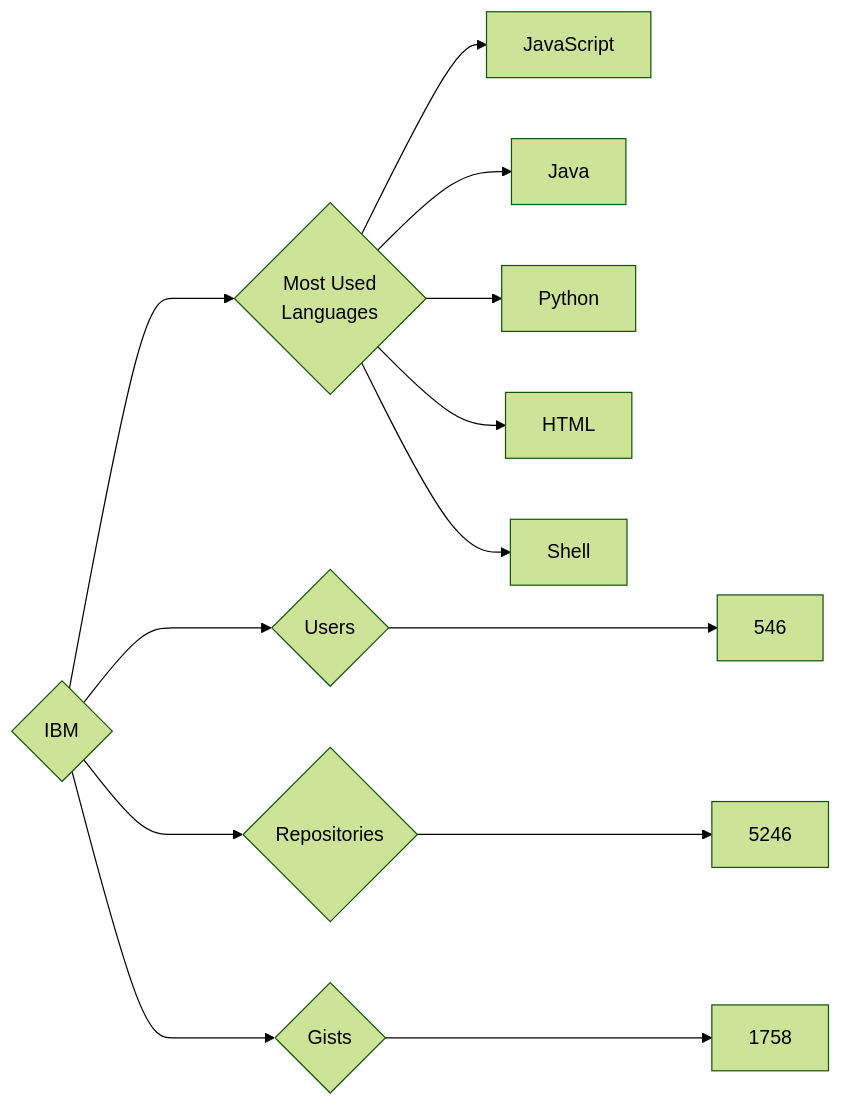
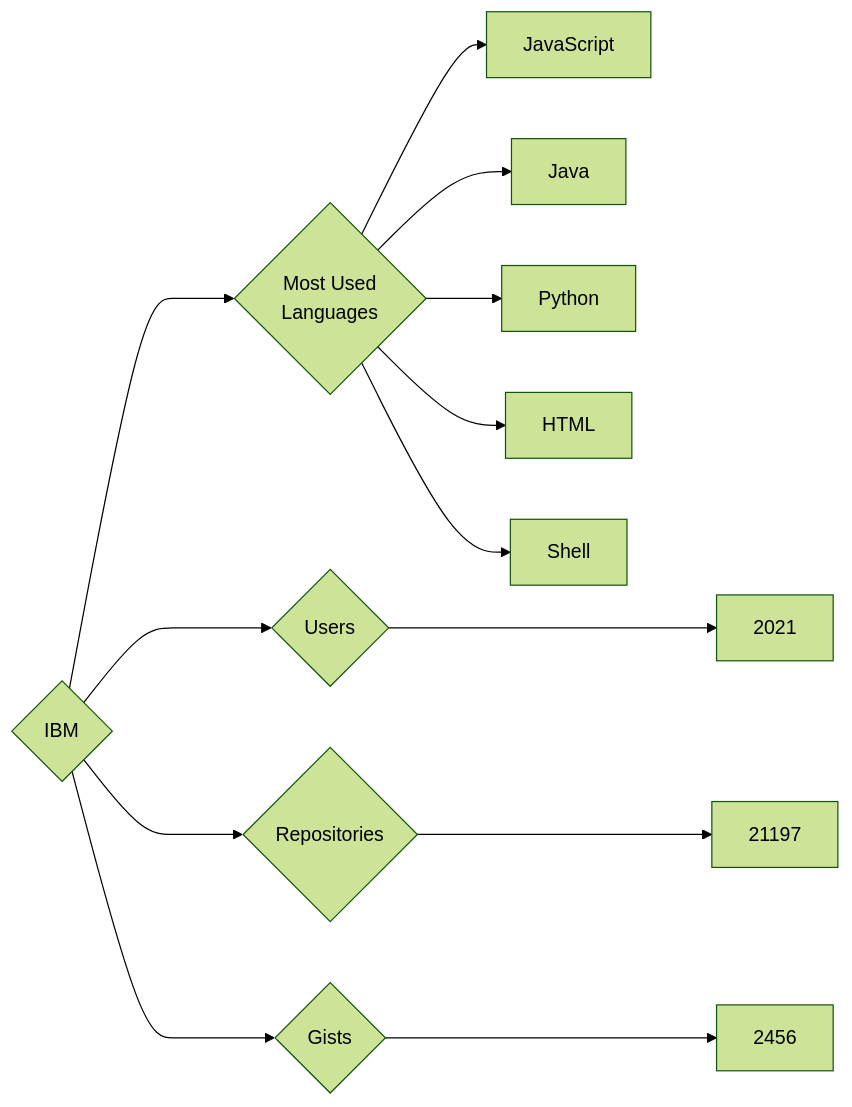
Before and after one commit to trickest/insiders: the diagram in targets/IBM/README.md, drawn with Mermaid (forest theme). The commit also changed 900 other files, not shown here.

````diff
--- a/targets/IBM/README.md
+++ b/targets/IBM/README.md
@@ -3,13 +3,13 @@
 ```mermaid
 graph LR
 COMPANY_NAME{IBM}
-COMPANY_NAME ---> U{Users} ---> UN[546]
-COMPANY_NAME ---> R{Repositories} ---> RN[5246]
-COMPANY_NAME ---> G{Gists} ---> GN[1758]
+COMPANY_NAME ---> U{Users} ---> UN[2021]
+COMPANY_NAME ---> R{Repositories} ---> RN[21197]
+COMPANY_NAME ---> G{Gists} ---> GN[2456]
 COMPANY_NAME ---> ML{Most Used<br>Languages}
 ML --> JavaScript[JavaScript]
 ML --> Java[Java]
 ML --> Python[Python]
 ML --> HTML[HTML]
 ML --> Shell[Shell]
 ```
````
